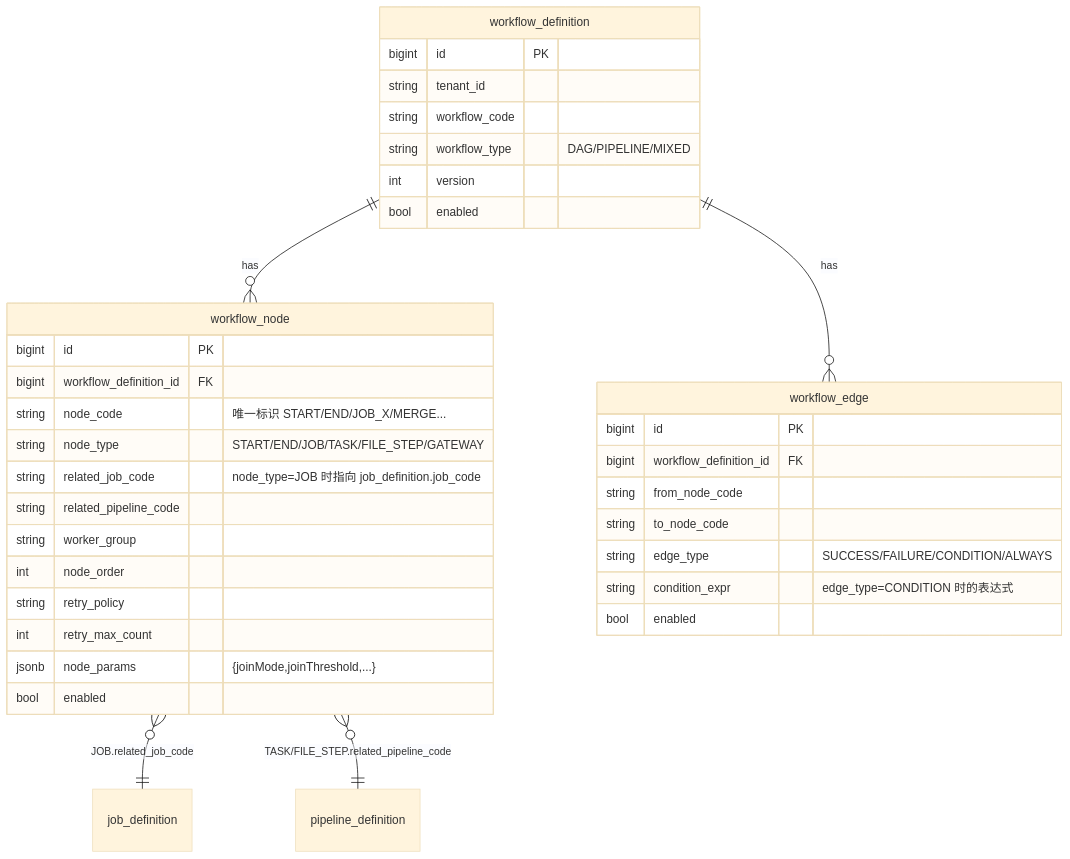
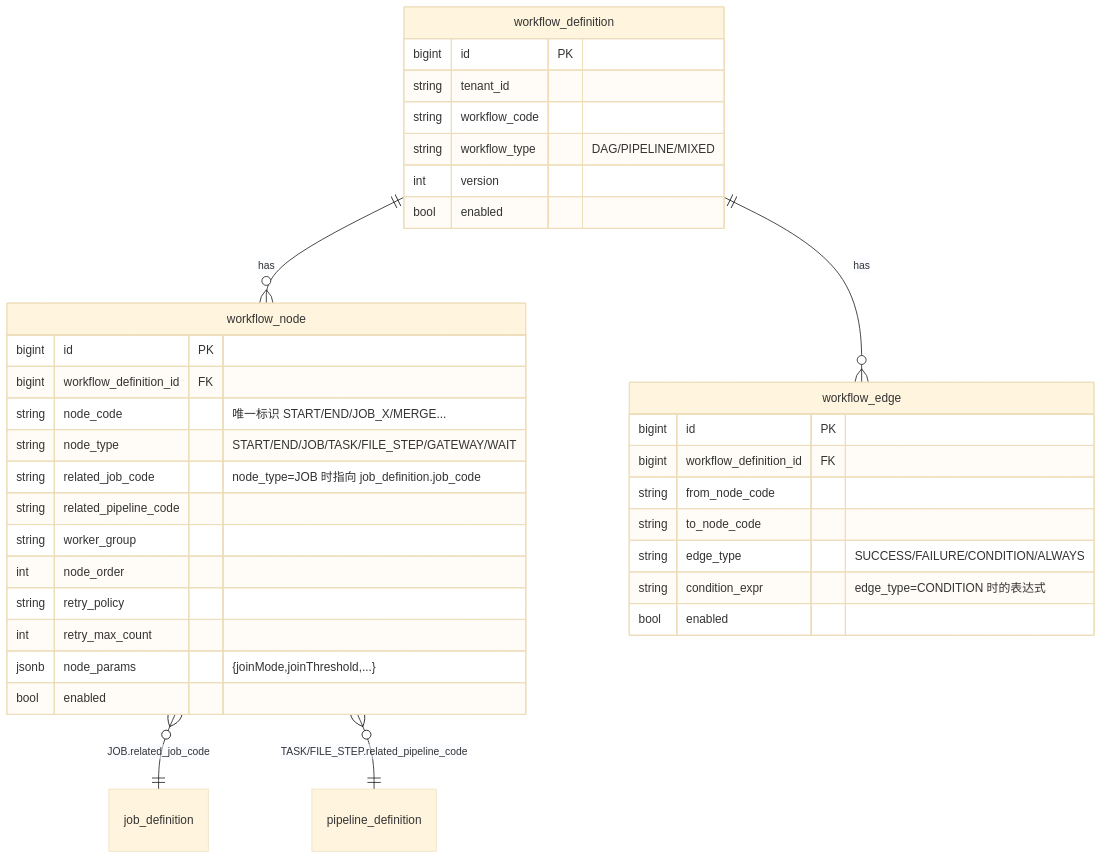
One commit to pinpols/file-batch-system changed the second of 6 diagrams in docs/architecture/workflow-dependency-guide.md. Above: the diagram before and after it, drawn with Mermaid (base theme). The commit also changed other lines of this file and 288 other files, not shown here.

First line of the commit message:
Close backend local-development gaps and document database schema (#1041)

````diff
--- a/docs/architecture/workflow-dependency-guide.md
+++ b/docs/architecture/workflow-dependency-guide.md
@@ -45,39 +45,39 @@
 ```mermaid
 erDiagram
   workflow_definition ||--o{ workflow_node : has
   workflow_definition ||--o{ workflow_edge : has
   workflow_node }o--|| job_definition : "JOB.related_job_code"
   workflow_node }o--|| pipeline_definition : "TASK/FILE_STEP.related_pipeline_code"
 
   workflow_definition {
     bigint id PK
     string tenant_id
     string workflow_code
     string workflow_type "DAG/PIPELINE/MIXED"
     int    version
     bool   enabled
   }
   workflow_node {
     bigint id PK
     bigint workflow_definition_id FK
     string node_code "唯一标识 START/END/JOB_X/MERGE..."
-    string node_type "START/END/JOB/TASK/FILE_STEP/GATEWAY"
+    string node_type "START/END/JOB/TASK/FILE_STEP/GATEWAY/WAIT"
     string related_job_code "node_type=JOB 时指向 job_definition.job_code"
     string related_pipeline_code
     string worker_group
     int    node_order
     string retry_policy
     int    retry_max_count
     jsonb  node_params "{joinMode,joinThreshold,...}"
     bool   enabled
   }
   workflow_edge {
     bigint id PK
     bigint workflow_definition_id FK
     string from_node_code
     string to_node_code
     string edge_type "SUCCESS/FAILURE/CONDITION/ALWAYS"
     string condition_expr "edge_type=CONDITION 时的表达式"
     bool   enabled
   }
 ```
````
